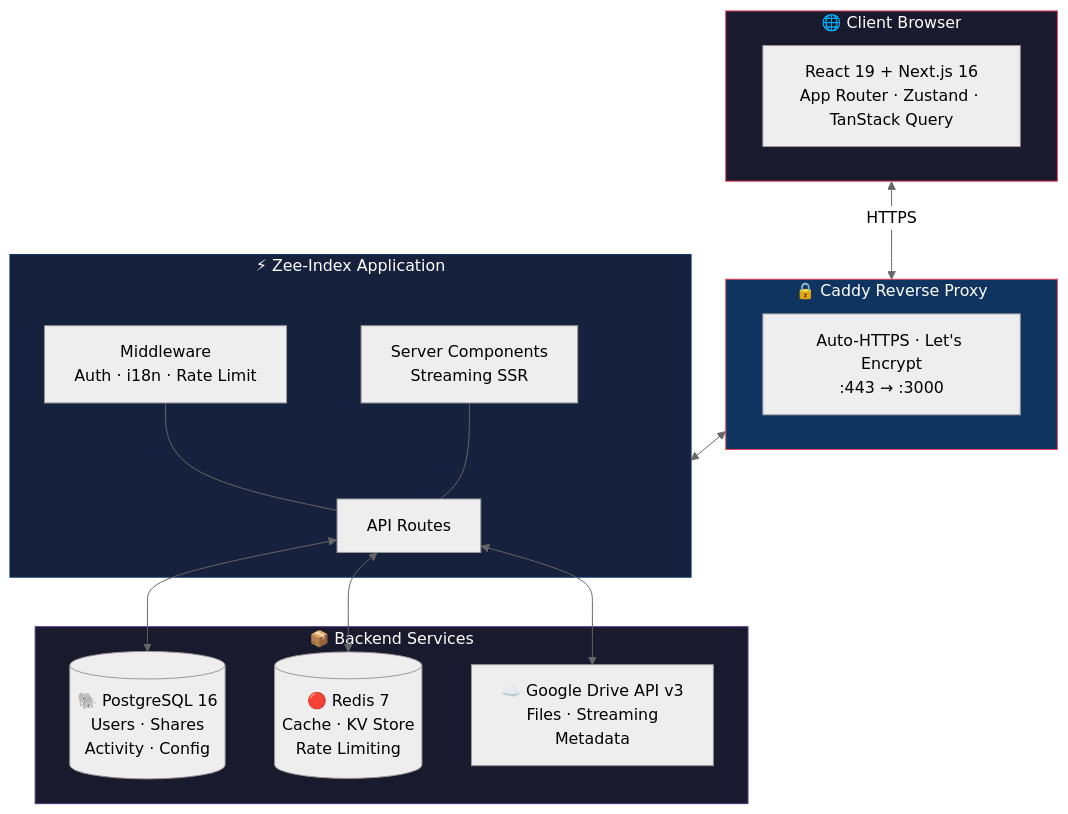
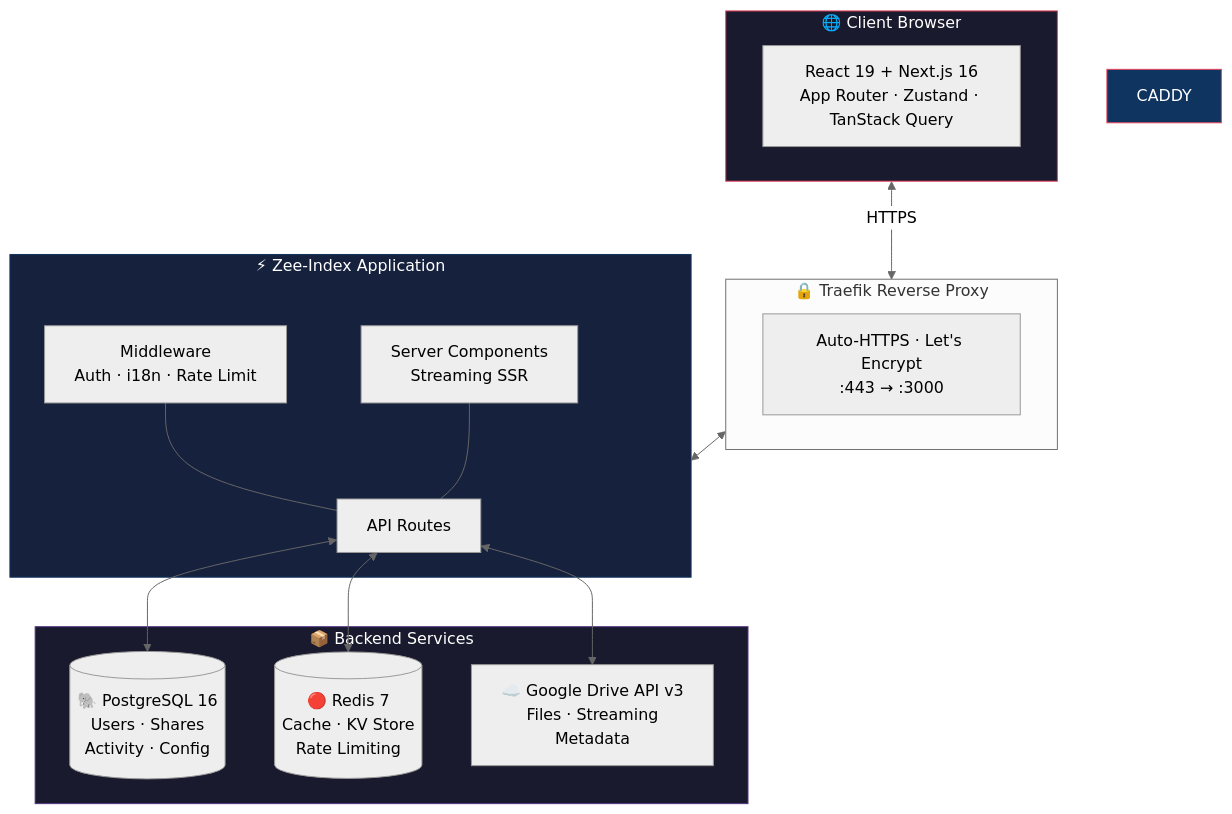
Before and after one commit to dytsou/vaehor: the diagram in README.md, drawn with Mermaid (neutral theme). The commit also changed other lines of this file and 9 other files, not shown here.

First line of the commit message:
feat(mobile): update to Traefik and enhance mobile app features

````diff
--- a/README.md
+++ b/README.md
@@ -163,35 +165,35 @@
 ```mermaid
 flowchart TB
     subgraph CLIENT["🌐 Client Browser"]
         A["React 19 + Next.js 16\nApp Router · Zustand · TanStack Query"]
     end
 
-    subgraph CADDY["🔒 Caddy Reverse Proxy"]
+    subgraph TRAEFIK["🔒 Traefik Reverse Proxy"]
         B["Auto-HTTPS · Let's Encrypt\n:443 → :3000"]
     end
 
     subgraph APP["⚡ Zee-Index Application"]
         C["API Routes"]
         D["Middleware\nAuth · i18n · Rate Limit"]
         E["Server Components\nStreaming SSR"]
     end
 
     subgraph SERVICES["📦 Backend Services"]
         F[("🐘 PostgreSQL 16\nUsers · Shares\nActivity · Config")]
         G[("🔴 Redis 7\nCache · KV Store\nRate Limiting")]
         H["☁️ Google Drive API v3\nFiles · Streaming\nMetadata"]
     end
 
-    CLIENT <-->|HTTPS| CADDY
-    CADDY <--> APP
+    CLIENT <-->|HTTPS| TRAEFIK
+    TRAEFIK <--> APP
     C <--> F
     C <--> G
     C <--> H
     D --- C
     E --- C
 
     style CLIENT fill:#1a1a2e,stroke:#e94560,color:#fff
     style CADDY fill:#0f3460,stroke:#e94560,color:#fff
     style APP fill:#16213e,stroke:#0f3460,color:#fff
     style SERVICES fill:#1a1a2e,stroke:#533483,color:#fff
 ```
````
